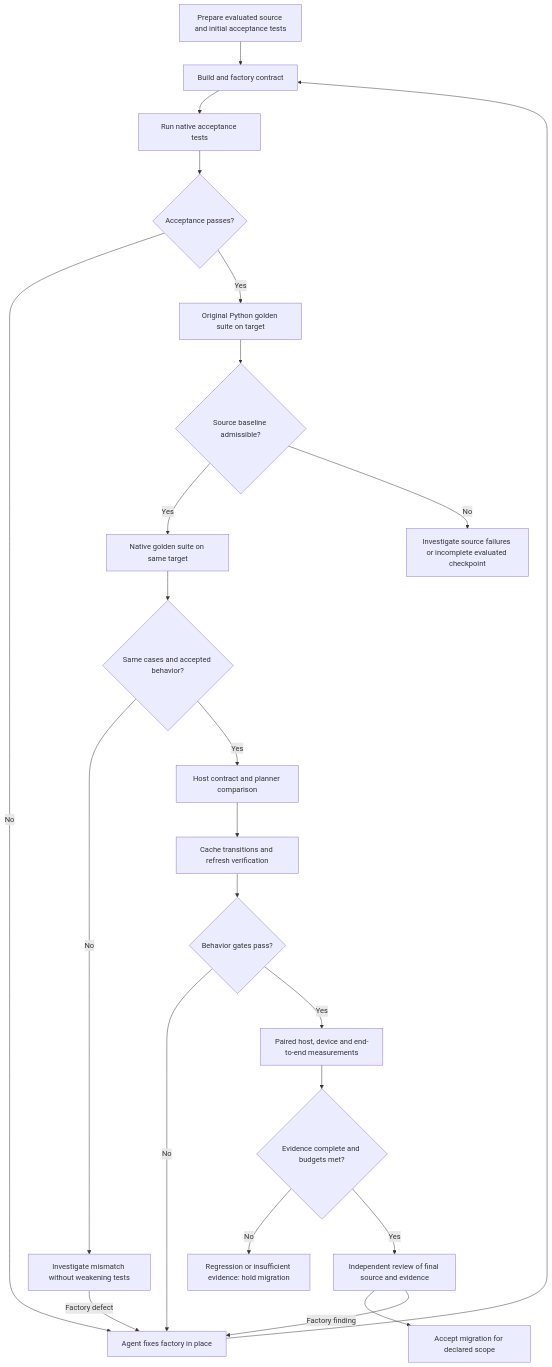
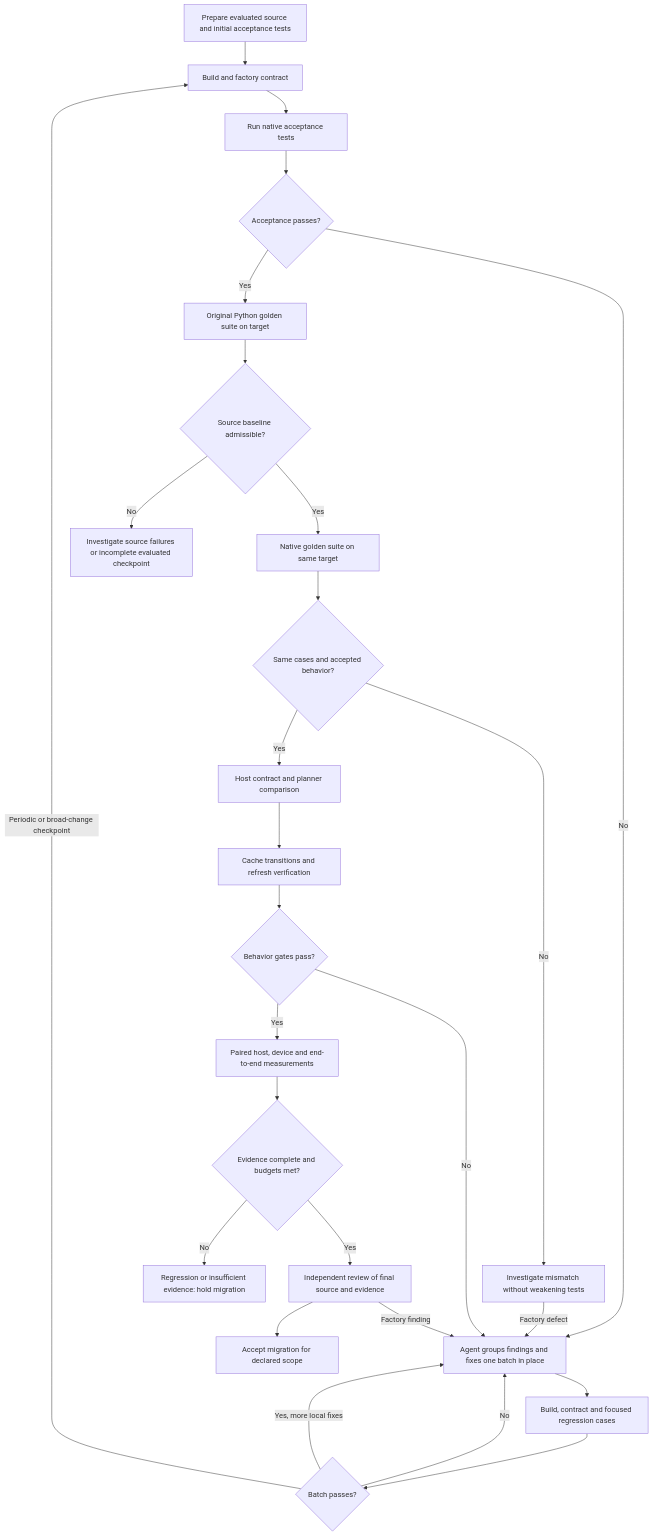
The diagram in tools/generic_op_to_factory/COMPARISON_GATE.md (tenstorrent/tt-metal), drawn with Mermaid before and after one commit. The commit also changed other lines of this file and 9 other files, not shown here.

````diff
--- a/tools/generic_op_to_factory/COMPARISON_GATE.md
+++ b/tools/generic_op_to_factory/COMPARISON_GATE.md
@@ -24,25 +24,29 @@
 ```mermaid
 flowchart TD
     A[Prepare evaluated source and initial acceptance tests] --> B[Build and factory contract]
     B --> P[Run native acceptance tests]
     P --> Q{Acceptance passes?}
-    Q -- No --> Y[Agent fixes factory in place]
-    Y --> B
+    Q -- No --> Y[Agent groups findings and fixes one batch in place]
+    Y --> R[Build, contract and focused regression cases]
+    R --> S{Batch passes?}
+    S -- No --> Y
+    S -- Yes, more local fixes --> Y
+    S -- Periodic or broad-change checkpoint --> B
     Q -- Yes --> C[Original Python golden suite on target]
     C --> D{Source baseline admissible?}
     D -- Yes --> E[Native golden suite on same target]
     D -- No --> X[Investigate source failures or incomplete evaluated checkpoint]
     E --> F{Same cases and accepted behavior?}
     F -- No --> X2[Investigate mismatch without weakening tests]
     X2 -- Factory defect --> Y
     F -- Yes --> G[Host contract and planner comparison]
     G --> H[Cache transitions and refresh verification]
     H --> I{Behavior gates pass?}
     I -- No --> Y
     I -- Yes --> J[Paired host, device and end-to-end measurements]
     J --> K{Evidence complete and budgets met?}
     K -- No --> L[Regression or insufficient evidence: hold migration]
     K -- Yes --> M[Independent review of final source and evidence]
     M --> N[Accept migration for declared scope]
     M -- Factory finding --> Y
 ```
````
